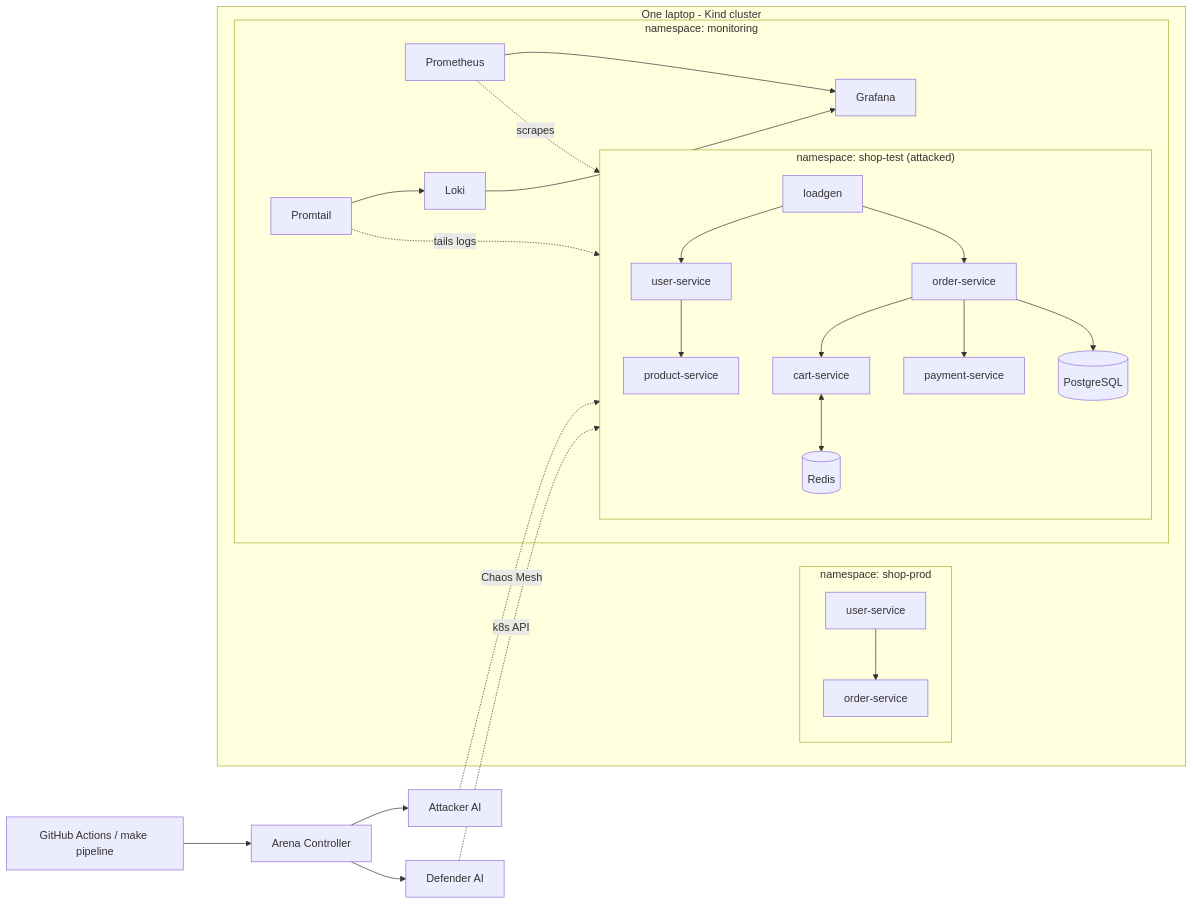
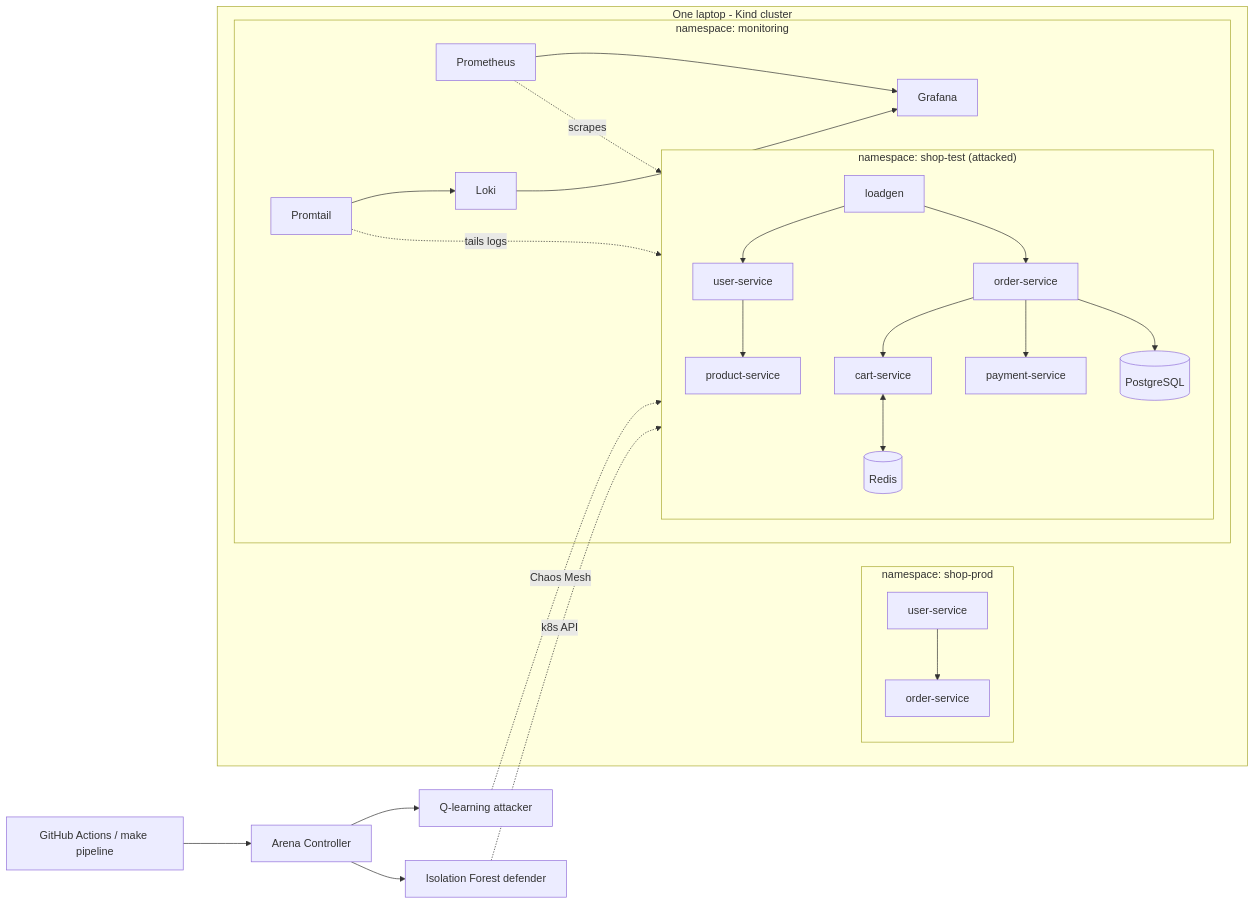
One commit to atharvvv10/chaosarena changed the diagram in README.md. Above: the diagram before and after it, drawn with Mermaid. The commit also changed other lines of this file and 20 other files, not shown here.

````diff
--- a/README.md
+++ b/README.md
@@ -13,29 +66,29 @@
 ```mermaid
 flowchart LR
     subgraph Laptop["One laptop - Kind cluster"]
         subgraph Test["namespace: shop-test (attacked)"]
             U[user-service] --> P[product-service]
             O[order-service] --> C[cart-service]
             O --> PAY[payment-service]
             C <--> R[(Redis)]
             O --> PG[(PostgreSQL)]
             LG[loadgen] --> U
             LG --> O
         end
         subgraph Prod["namespace: shop-prod"]
             U2[user-service] --> O2[order-service]
         end
         subgraph Mon["namespace: monitoring"]
             PR[Prometheus] --> G[Grafana]
             PT[Promtail] --> L[Loki]
             L --> G
             PR -.scrapes.-> Test
             PT -.tails logs.-> Test
         end
     end
-    Attacker[Attacker AI] -.Chaos Mesh.-> Test
-    Defender[Defender AI] -.k8s API.-> Test
+    Attacker[Q-learning attacker] -.Chaos Mesh.-> Test
+    Defender[Isolation Forest defender] -.k8s API.-> Test
     Controller[Arena Controller] --> Attacker
     Controller --> Defender
     CI[GitHub Actions / make pipeline] --> Controller
 ```
````
